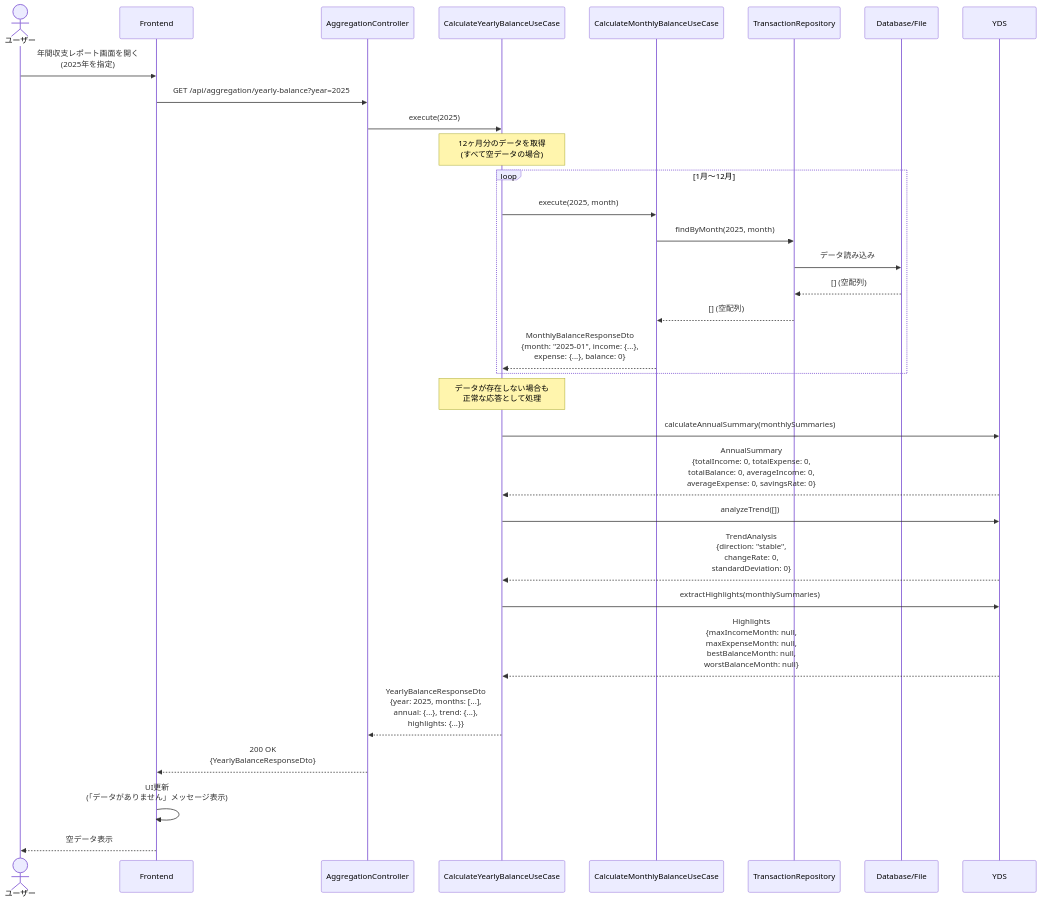
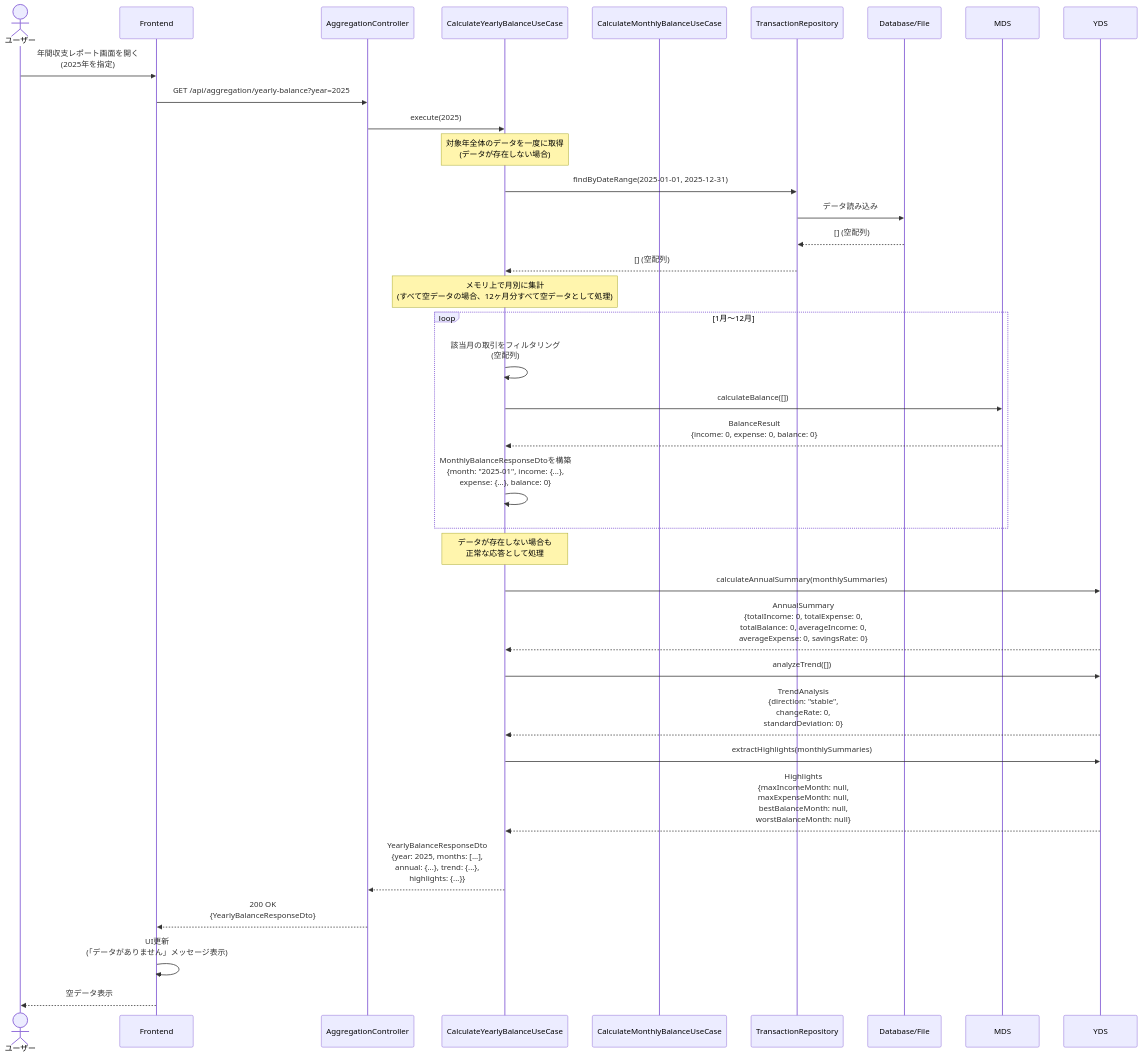
One commit to kencom2400/account-book changed the second of 5 diagrams in docs/detailed-design/FR-020_yearly-balance-aggregation/sequence-diagrams.md. Above: the diagram before and after it, drawn with Mermaid. The commit also changed other lines of this file and 3 other files, not shown here.

````diff
--- a/docs/detailed-design/FR-020_yearly-balance-aggregation/sequence-diagrams.md
+++ b/docs/detailed-design/FR-020_yearly-balance-aggregation/sequence-diagrams.md
@@ -128,41 +128,45 @@
 ```mermaid
 sequenceDiagram
     actor User as ユーザー
     participant FE as Frontend
     participant API as AggregationController
     participant UC as CalculateYearlyBalanceUseCase
     participant MonthlyUC as CalculateMonthlyBalanceUseCase
     participant Repo as TransactionRepository
     participant DB as Database/File
 
     User->>FE: 年間収支レポート画面を開く<br/>(2025年を指定)
     FE->>API: GET /api/aggregation/yearly-balance?year=2025
 
     API->>UC: execute(2025)
 
-    Note over UC: 12ヶ月分のデータを取得<br/>(すべて空データの場合)
+    Note over UC: 対象年全体のデータを一度に取得<br/>(データが存在しない場合)
+    UC->>Repo: findByDateRange(2025-01-01, 2025-12-31)
+    Repo->>DB: データ読み込み
+    DB-->>Repo: [] (空配列)
+    Repo-->>UC: [] (空配列)
+
+    Note over UC: メモリ上で月別に集計<br/>(すべて空データの場合、12ヶ月分すべて空データとして処理)
     loop 1月〜12月
-        UC->>MonthlyUC: execute(2025, month)
-        MonthlyUC->>Repo: findByMonth(2025, month)
-        Repo->>DB: データ読み込み
-        DB-->>Repo: [] (空配列)
-        Repo-->>MonthlyUC: [] (空配列)
-        MonthlyUC-->>UC: MonthlyBalanceResponseDto<br/>{month: "2025-01", income: {...},<br/>expense: {...}, balance: 0}
+        UC->>UC: 該当月の取引をフィルタリング<br/>(空配列)
+        UC->>MDS: calculateBalance([])
+        MDS-->>UC: BalanceResult<br/>{income: 0, expense: 0, balance: 0}
+        UC->>UC: MonthlyBalanceResponseDtoを構築<br/>{month: "2025-01", income: {...},<br/>expense: {...}, balance: 0}
     end
 
     Note over UC: データが存在しない場合も<br/>正常な応答として処理
     UC->>YDS: calculateAnnualSummary(monthlySummaries)
     YDS-->>UC: AnnualSummary<br/>{totalIncome: 0, totalExpense: 0,<br/>totalBalance: 0, averageIncome: 0,<br/>averageExpense: 0, savingsRate: 0}
 
     UC->>YDS: analyzeTrend([])
     YDS-->>UC: TrendAnalysis<br/>{direction: "stable",<br/>changeRate: 0,<br/>standardDeviation: 0}
 
     UC->>YDS: extractHighlights(monthlySummaries)
     YDS-->>UC: Highlights<br/>{maxIncomeMonth: null,<br/>maxExpenseMonth: null,<br/>bestBalanceMonth: null,<br/>worstBalanceMonth: null}
 
     UC-->>API: YearlyBalanceResponseDto<br/>{year: 2025, months: [...],<br/>annual: {...}, trend: {...},<br/>highlights: {...}}
 
     API-->>FE: 200 OK<br/>{YearlyBalanceResponseDto}
     FE->>FE: UI更新<br/>(「データがありません」メッセージ表示)
     FE-->>User: 空データ表示
 ```
````
